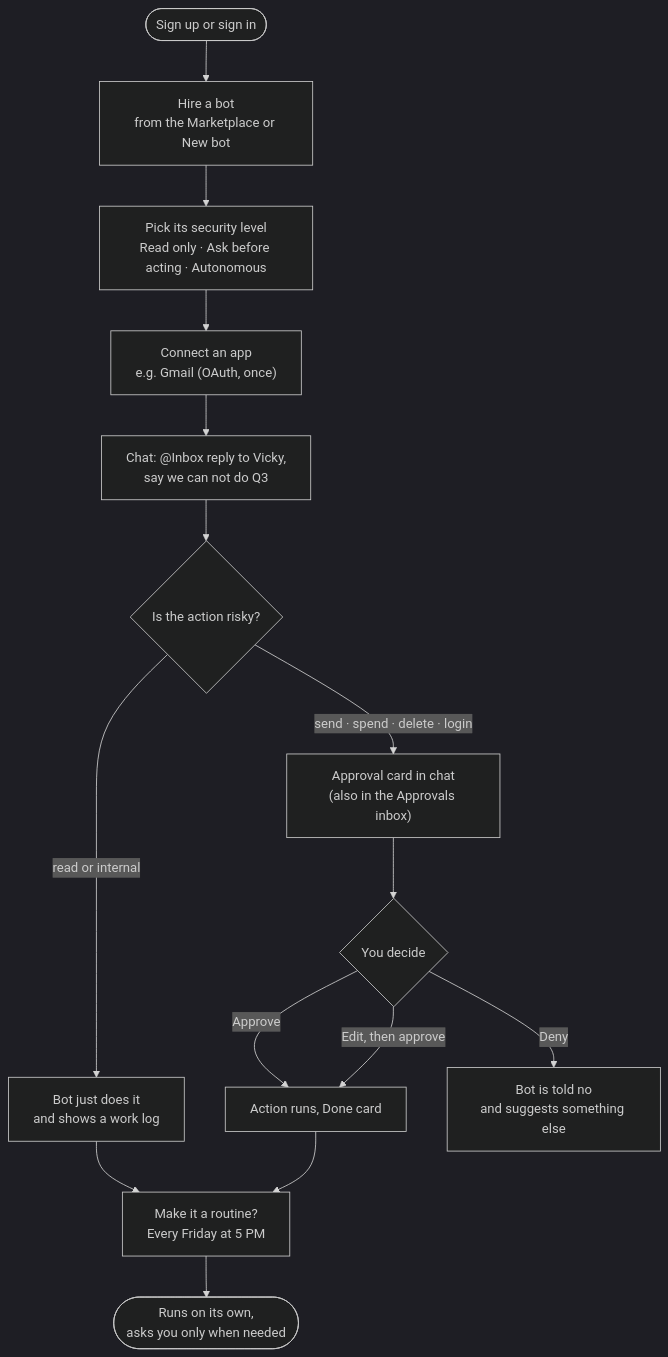
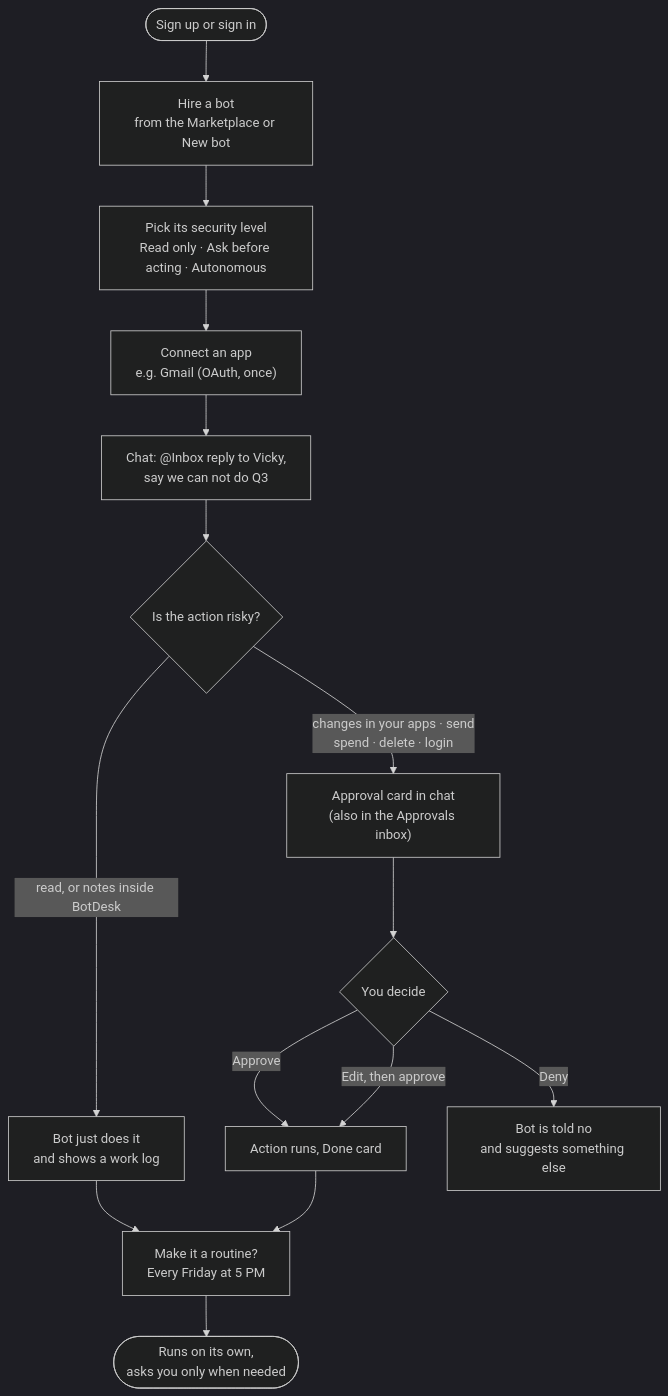
The diagram in docs/architecture/diagrams/02-user-journey.mmd (alihassan-coder/botdesk), drawn with Mermaid (dark theme) before and after one commit. The commit also changed 23 other files, not shown here.

Commit message:
docs: align architecture docs and diagrams with ADRs 0004-0006, mark high-level.md as partly historical

```diff
--- a/docs/architecture/diagrams/02-user-journey.mmd
+++ b/docs/architecture/diagrams/02-user-journey.mmd
@@ -1,15 +1,15 @@
 flowchart TD
   A(["Sign up or sign in"]) --> B["Hire a bot<br/>from the Marketplace or New bot"]
   B --> C["Pick its security level<br/>Read only · Ask before acting · Autonomous"]
   C --> D["Connect an app<br/>e.g. Gmail (OAuth, once)"]
   D --> E["Chat: @Inbox reply to Vicky,<br/>say we can not do Q3"]
   E --> F{"Is the action risky?"}
-  F -- "read or internal" --> G["Bot just does it<br/>and shows a work log"]
-  F -- "send · spend · delete · login" --> H["Approval card in chat<br/>(also in the Approvals inbox)"]
+  F -- "read, or notes inside BotDesk" --> G["Bot just does it<br/>and shows a work log"]
+  F -- "changes in your apps · send<br/>spend · delete · login" --> H["Approval card in chat<br/>(also in the Approvals inbox)"]
   H --> I{"You decide"}
   I -- "Approve" --> J["Action runs, Done card"]
   I -- "Edit, then approve" --> J
   I -- "Deny" --> K["Bot is told no<br/>and suggests something else"]
   G --> L["Make it a routine?<br/>Every Friday at 5 PM"]
   J --> L
   L --> M(["Runs on its own,<br/>asks you only when needed"])
```
